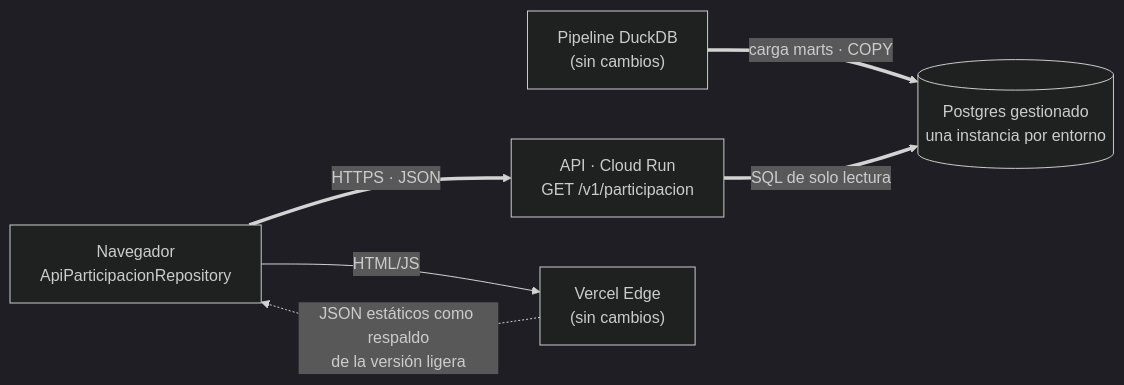
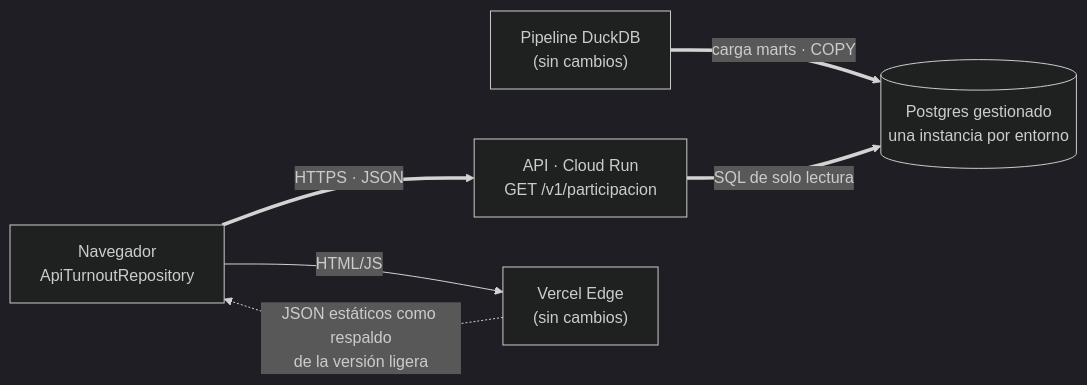
The eighth of 8 diagrams in docs/diseno/DIS-REVOTO-ARQUITECTURA-DESPLIEGUE-v0.4.md (AzizaCorp/ReVoto), drawn with Mermaid (dark theme) before and after one commit. The commit also changed other lines of this file and 6 other files, not shown here.

````diff
--- a/docs/diseno/DIS-REVOTO-ARQUITECTURA-DESPLIEGUE-v0.4.md
+++ b/docs/diseno/DIS-REVOTO-ARQUITECTURA-DESPLIEGUE-v0.4.md
@@ -639,8 +701,8 @@
 ```mermaid
 flowchart LR
     PIPE["Pipeline DuckDB<br/>(sin cambios)"] ==>|"carga marts · COPY"| DB[("Postgres gestionado<br/>una instancia por entorno")]
     API["API · Cloud Run<br/>GET /v1/participacion"] ==>|"SQL de solo lectura"| DB
-    NAV["Navegador<br/>ApiParticipacionRepository"] ==>|"HTTPS · JSON"| API
+    NAV["Navegador<br/>ApiTurnoutRepository"] ==>|"HTTPS · JSON"| API
     NAV -->|"HTML/JS"| CDN["Vercel Edge<br/>(sin cambios)"]
     CDN -.->|"JSON estáticos como respaldo<br/>de la versión ligera"| NAV
 ```
````
